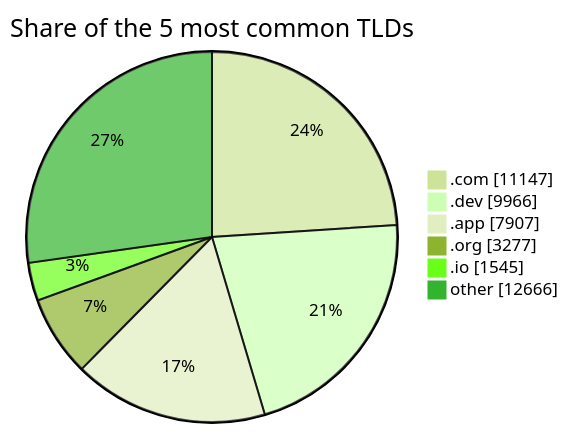
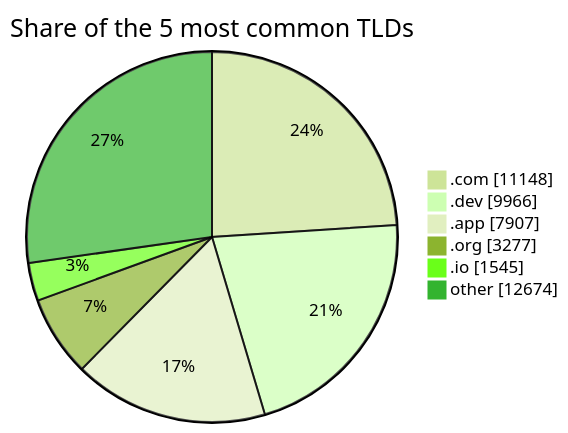
Before and after one commit to DNSBunker/CTI: the third of 3 diagrams in README.md, drawn with Mermaid (forest theme). The commit also changed other lines of this file and 3 other files, not shown here.

````diff
--- a/README.md
+++ b/README.md
@@ -81,9 +81,9 @@
 ```mermaid
 pie showData title Share of the 5 most common TLDs
-    ".com" : 11147
+    ".com" : 11148
     ".dev" : 9966
     ".app" : 7907
     ".org" : 3277
     ".io" : 1545
-    "other" : 12666
+    "other" : 12674
 ```
````
